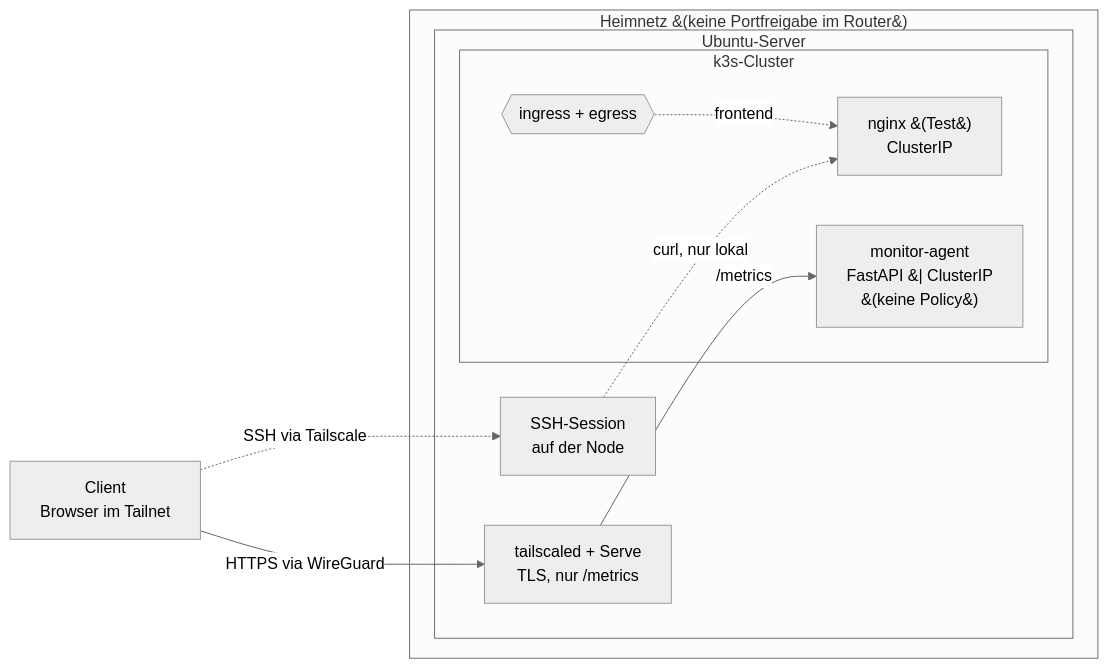
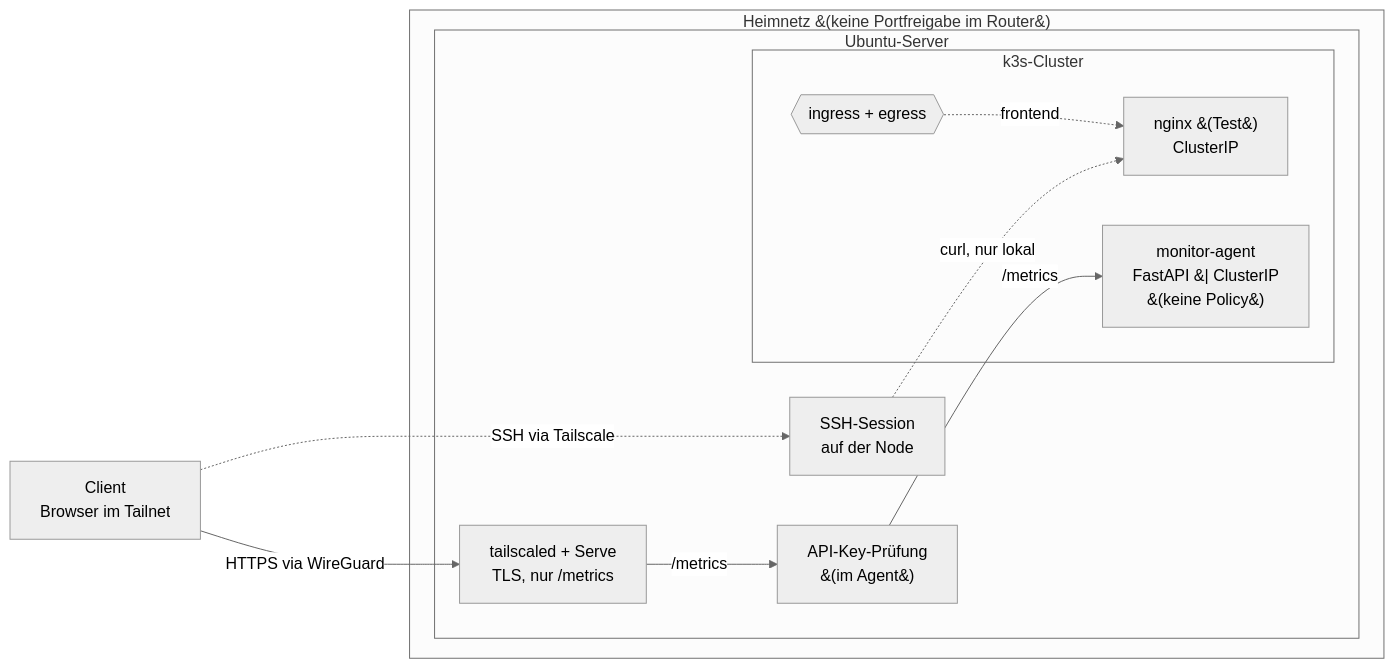
One commit to headnutAi/secure-homelab changed the diagram in README.md. Above: the diagram before and after it, drawn with Mermaid (neutral theme).

Commit message:
Add API-Key check and update metrics flow

````diff
--- a/README.md
+++ b/README.md
@@ -31,26 +31,28 @@
 ```mermaid
 flowchart LR
     client["Client<br/>Browser im Tailnet"]
 
     subgraph home["Heimnetz &#40;keine Portfreigabe im Router&#41;"]
         subgraph host["Ubuntu-Server"]
             ts["tailscaled + Serve<br/>TLS, nur /metrics"]
             ssh["SSH-Session<br/>auf der Node"]
+            api["API-Key-Prüfung<br/>&#40;im Agent&#41;"]
 
             subgraph k3s["k3s-Cluster"]
                 
                     nginx["nginx &#40;Test&#41;<br/>ClusterIP"]
                     Networkpolicy{{"ingress + egress"}}
                     Networkpolicy -.-> |"frontend"| nginx
                 
                 mon["monitor-agent<br/>FastAPI &#124; ClusterIP<br/>&#40;keine Policy&#41;"]
             end
 
-            ts -->|"/metrics"| mon
+            ts -->|"/metrics"| api
+            api --> |"/metrics"| mon
             ssh -.->|"curl, nur lokal"| nginx
         end
     end
 
     client -->|"HTTPS via WireGuard"| ts
     client -.->|"SSH via Tailscale"| ssh
 ```
````
